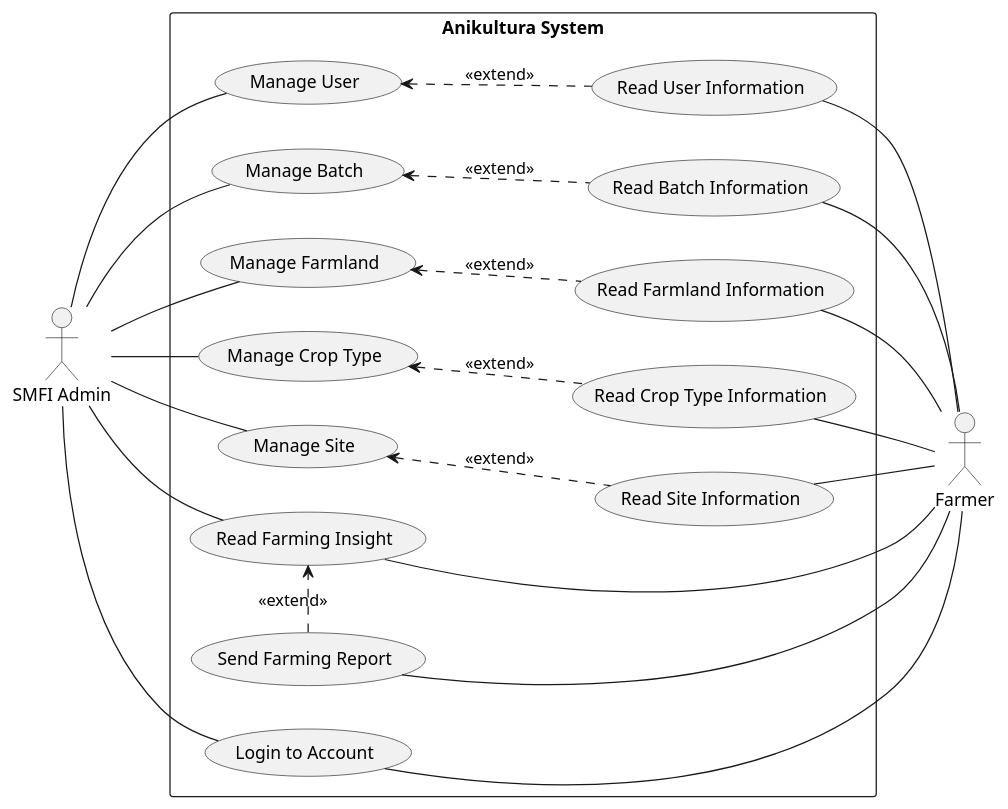
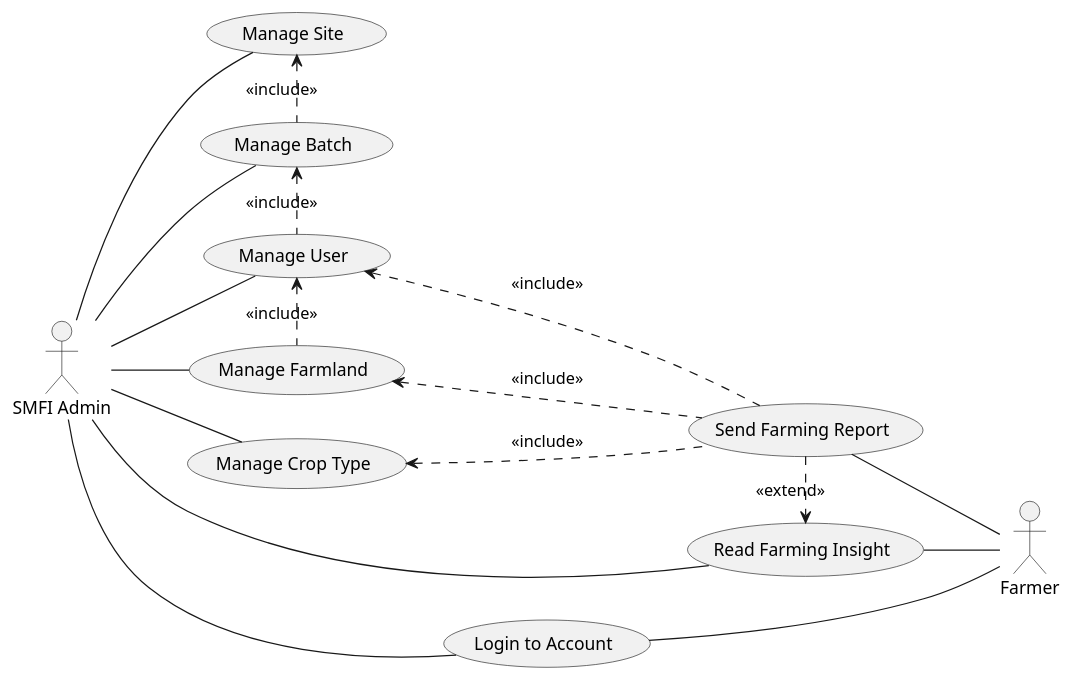
One commit to radical-doubting/anikultura-diagrams changed the diagram in plantuml/proposed/usecase copy.wsd. Above: the diagram before and after it, drawn with PlantUML.

Commit message:
Optimized UseCase

```diff
--- a/plantuml/proposed/usecase copy.wsd
+++ b/plantuml/proposed/usecase copy.wsd
@@ -1,75 +1,58 @@
 @startuml
 
 left to right direction
 
 actor "SMFI Admin" as admin
 actor "Farmer" as farmer
 
-rectangle "Anikultura System" {
-    usecase "Login to Account" as C1.1
 
-    usecase "Manage User" as AD1
-    usecase "Read User Information" as AD1.2
+usecase "Manage User" as AD1
+usecase "Manage Batch" as AD2
+usecase "Manage Farmland" as AD3
+usecase "Manage Crop Type" as AD4
+usecase "Manage Site" as AD5
 
-    usecase "Manage Batch" as AD2
-    usecase "Read Batch Information" as AD2.2
+usecase "Send Farming Report" as FD1
+usecase "Read Farming Insight" as FD2
+usecase "Login to Account" as C1.1
 
-    usecase "Manage Farmland" as AD3
-    usecase "Read Farmland Information" as AD3.2
-
-    usecase "Manage Crop Type" as AD4
-    usecase "Read Crop Type Information" as AD4.2
-
-    usecase "Manage Site" as AD5
-    usecase "Read Site Information" as AD5.2
-
-    usecase "Send Farming Report" as FD1
-    usecase "Read Farming Insight" as FD2
-    ' usecase "Read Farming Report History" as FD2.1
-    ' usecase "Read Selling Price of Crop" as FD2.2
-    ' usecase "Read Estimated Profit" as FD2.3
-    ' usecase "Read Estimated Yield" as FD2.4
-}
 
 ' Admin Usecases
 
 admin -- AD1
-AD1 <.. AD1.2 : <<extend>>
-
 admin -- AD2
-AD2 <.. AD2.2 : <<extend>>
-
 admin -- AD3
-AD3 <.. AD3.2 : <<extend>>
 
 admin -- AD4
-AD4 <.. AD4.2 : <<extend>>
+admin -- AD5
 
-admin -- AD5
-AD5 <.. AD5.2 : <<extend>>
+' Usecase Dependencies
+
+AD5 <. AD2 : <<include>>
+AD2 <. AD1 : <<include>>
+AD1 <. AD3 : <<include>>
+
+AD1 <.. FD1 : <<include>>
+AD3 <.. FD1 : <<include>>
+AD4 <.. FD1 : <<include>>
+
+' Farmer Usecases
 
 
-' Farmer Usecases
-admin -- C1.1
 
 admin -- FD2
 FD1 -- farmer
 
 FD1 .> FD2 : <<extend>>
 
-' FD1 .> FD2 : <<extend>>
-' FD2 <.. FD2.1 : <<extend>>
-' FD2 <.. FD2.2 : <<extend>>
-' FD2 <.. FD2.3 : <<extend>>
-' FD2 <.. FD2.4 : <<extend>>
-
-C1.1 -- farmer
-AD1.2 -- farmer
-AD2.2 -- farmer
-AD3.2 -- farmer
-AD4.2 -- farmer
-AD5.2 -- farmer
+' AD1.2 -- farmer
+' AD2.2 -- farmer
+' AD3.2 -- farmer
+' AD4.2 -- farmer
+' AD5.2 -- farmer
 FD2 -- farmer
 
+admin -- C1.1
+C1.1 -- farmer
 
 @enduml
```
